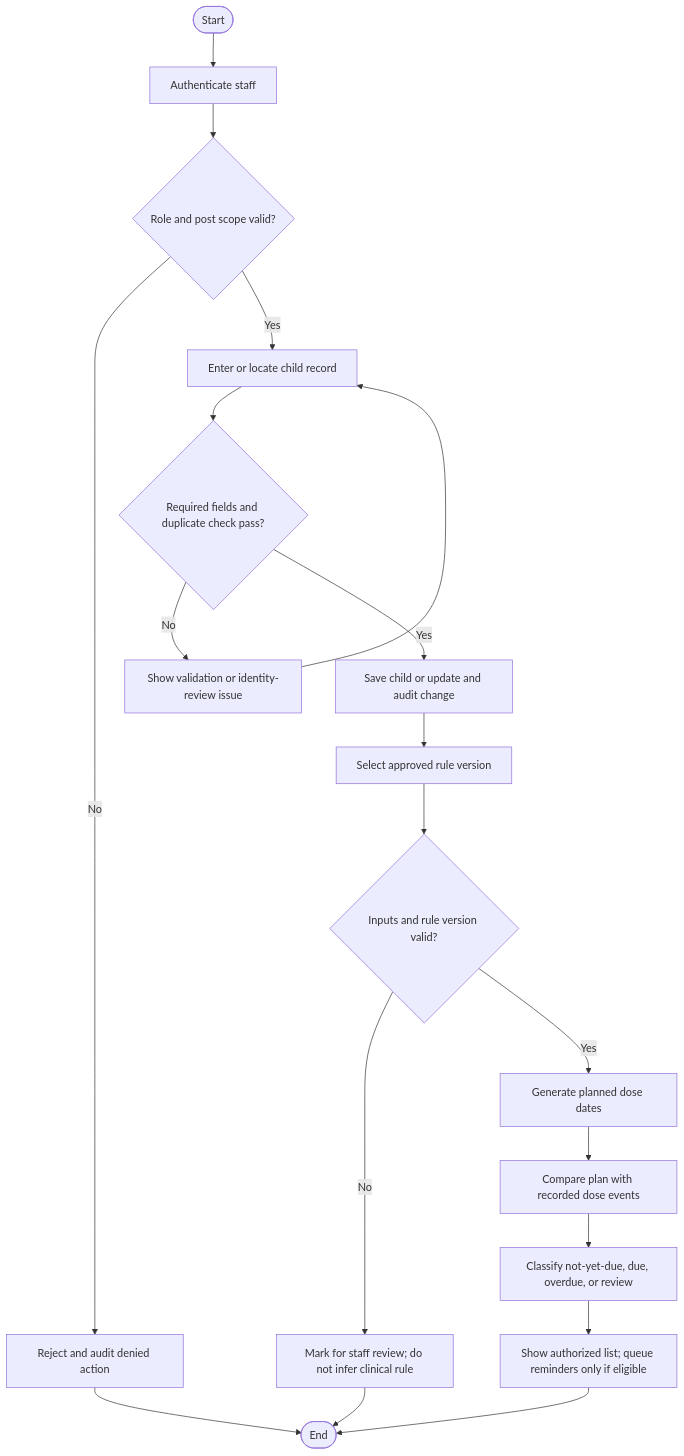
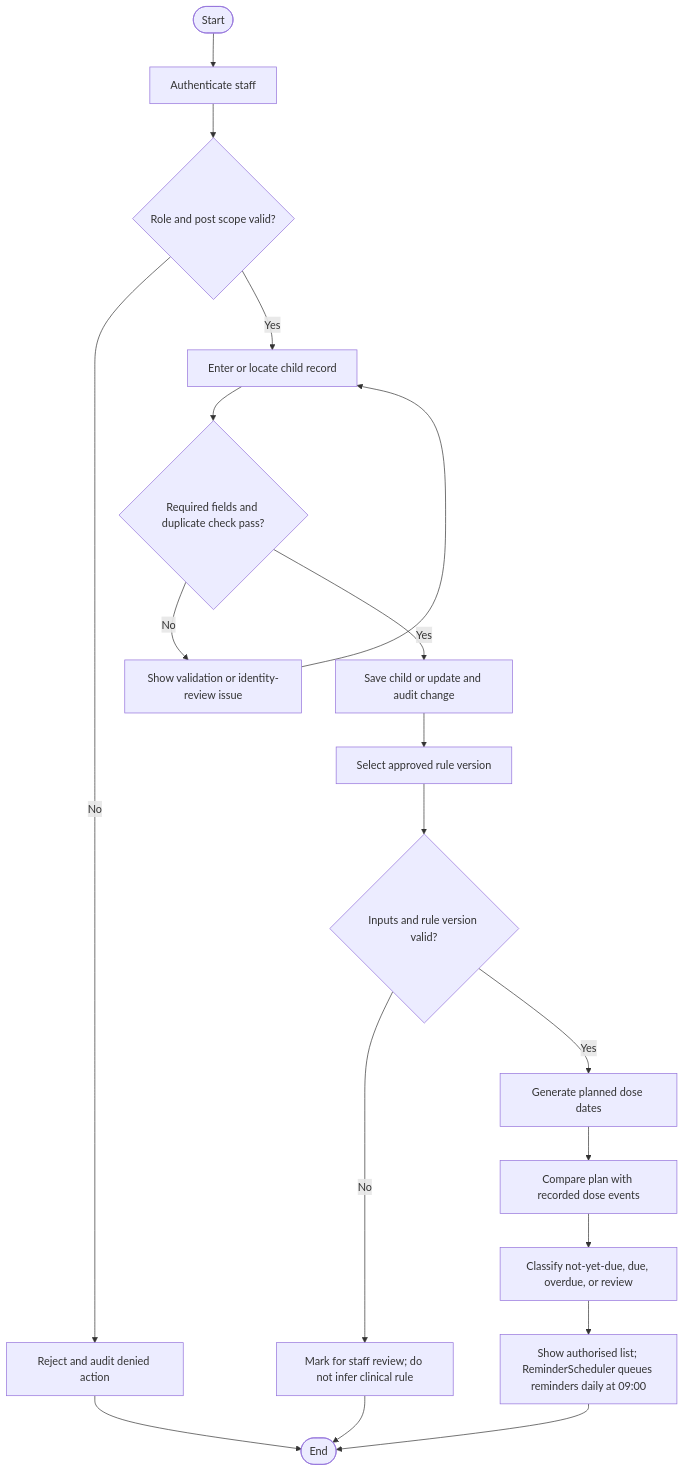
Before and after one commit to UtkarshSatav/Sem5-Sprint1: the fourth of 7 diagrams in 03_ImmuniRemind_Case-144/02_Design_and_Test_Specification.md, drawn with Mermaid. The commit also changed other lines of this file, not shown here.

Commit message:
ImmuniRemind UML: register+remind sequence, use-case boundary, interfaces, schedule states, loose coupling

````diff
--- a/03_ImmuniRemind_Case-144/02_Design_and_Test_Specification.md
+++ b/03_ImmuniRemind_Case-144/02_Design_and_Test_Specification.md
@@ -134,21 +244,21 @@
 ```mermaid
 flowchart TD
   A([Start]) --> B[Authenticate staff]
   B --> C{Role and post scope valid?}
   C -- No --> X[Reject and audit denied action]
   C -- Yes --> D[Enter or locate child record]
   D --> E{Required fields and duplicate check pass?}
   E -- No --> F[Show validation or identity-review issue]
   F --> D
   E -- Yes --> G[Save child or update and audit change]
   G --> H[Select approved rule version]
   H --> I{Inputs and rule version valid?}
   I -- No --> J[Mark for staff review; do not infer clinical rule]
   I -- Yes --> K[Generate planned dose dates]
   K --> L[Compare plan with recorded dose events]
   L --> M[Classify not-yet-due, due, overdue, or review]
-  M --> N[Show authorized list; queue reminders only if eligible]
+  M --> N[Show authorised list; ReminderScheduler queues reminders daily at 09:00]
   N --> Z([End])
   X --> Z
   J --> Z
 ```
````
